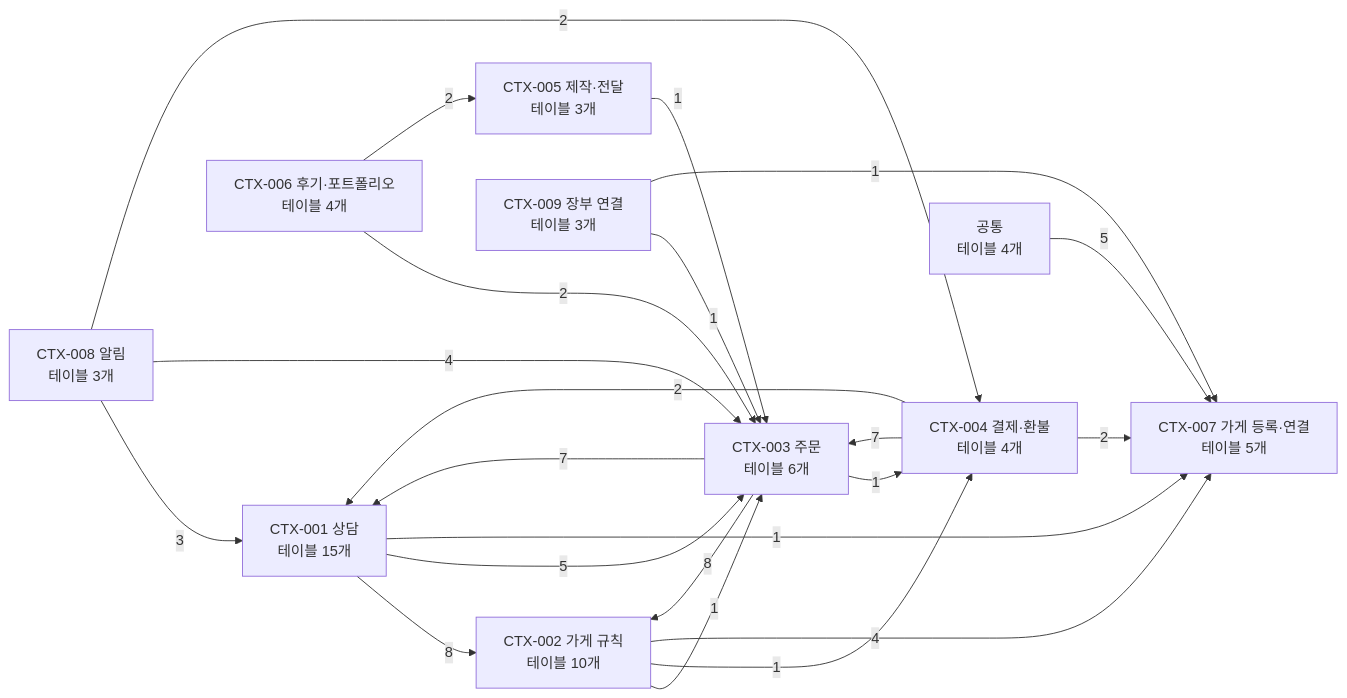
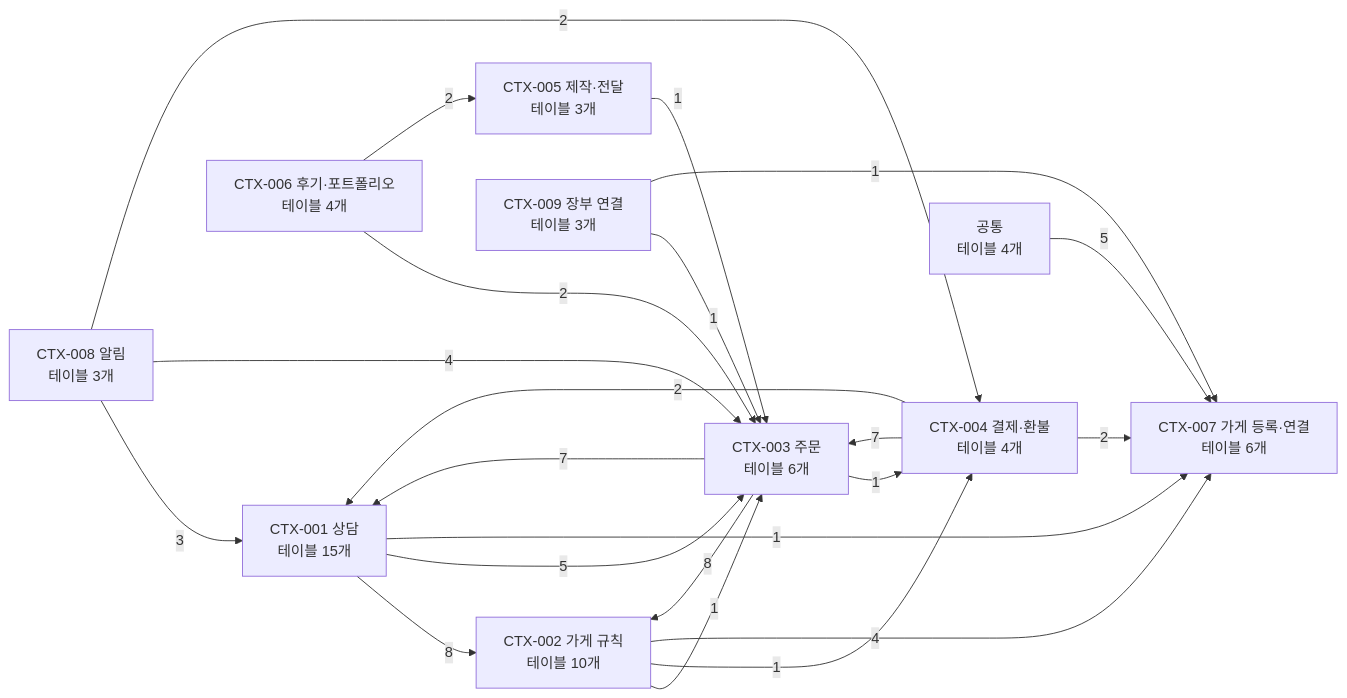
One commit to kodonghui/siljang.ai changed the first of 11 diagrams in docs/05-erd/README.md. Above: the diagram before and after it, drawn with Mermaid. The commit also changed other lines of this file and 67 other files, not shown here.

````diff
--- a/docs/05-erd/README.md
+++ b/docs/05-erd/README.md
@@ -137,34 +138,34 @@
 ```mermaid
 flowchart LR
   C0["CTX-001 상담<br/>테이블 15개"]
   C1["CTX-002 가게 규칙<br/>테이블 10개"]
   C2["CTX-003 주문<br/>테이블 6개"]
   C3["CTX-004 결제·환불<br/>테이블 4개"]
   C4["CTX-005 제작·전달<br/>테이블 3개"]
   C5["CTX-006 후기·포트폴리오<br/>테이블 4개"]
-  C6["CTX-007 가게 등록·연결<br/>테이블 5개"]
+  C6["CTX-007 가게 등록·연결<br/>테이블 6개"]
   C7["CTX-008 알림<br/>테이블 3개"]
   C8["CTX-009 장부 연결<br/>테이블 3개"]
   C9["공통<br/>테이블 4개"]
   C0 -->|8| C1
   C0 -->|5| C2
   C0 -->|1| C6
   C1 -->|1| C2
   C1 -->|1| C3
   C1 -->|4| C6
   C2 -->|7| C0
   C2 -->|8| C1
   C2 -->|1| C3
   C3 -->|2| C0
   C3 -->|7| C2
   C3 -->|2| C6
   C4 -->|1| C2
   C5 -->|2| C2
   C5 -->|2| C4
   C7 -->|3| C0
   C7 -->|4| C2
   C7 -->|2| C3
   C8 -->|1| C2
   C8 -->|1| C6
   C9 -->|5| C6
 ```
````
